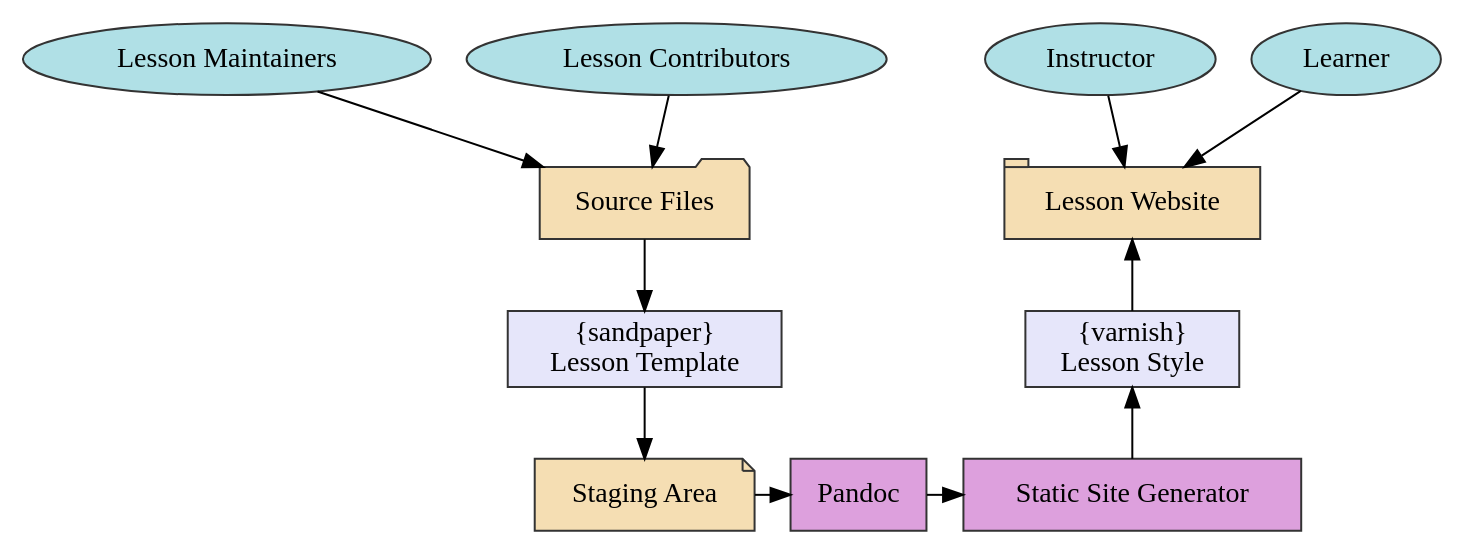
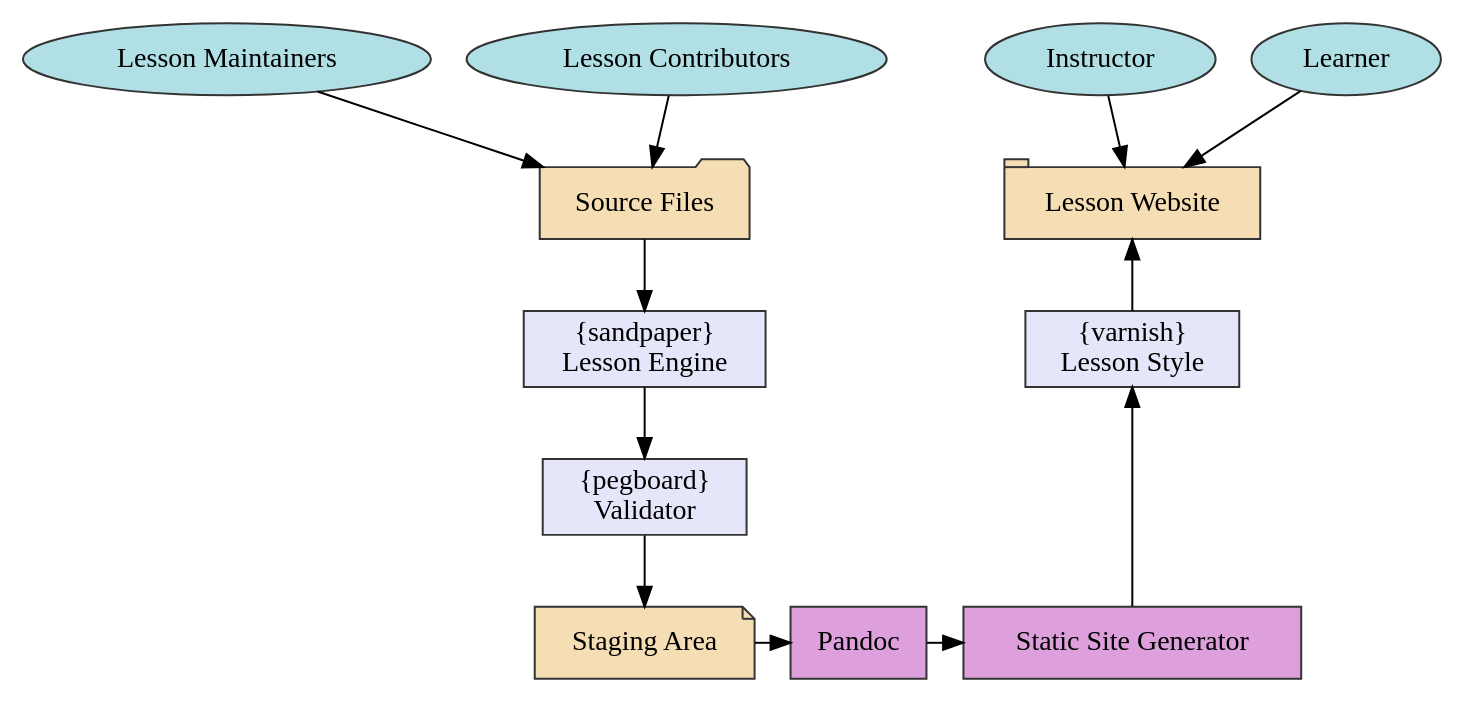
Before and after one commit to zkamvar/stunning-barnacle: the diagram in img/broad-flow.dot, drawn with Graphviz.

Commit message:
Add pegboard; sandpaper is Engine

```diff
--- a/img/broad-flow.dot
+++ b/img/broad-flow.dot
@@ -1,42 +1,42 @@
 digraph "Lesson Infrastructure Workflow" {
  
     node   [style="filled" color="grey20"];
     node   [fillcolor="wheat", shape="rect"];
     source [label="Source Files"             , shape="folder"];
     stage  [label="Staging Area"             , shape="note"];
     site   [label="Lesson Website"           , shape="tab"];
 
     node      [style="filled", fillcolor="lavender", shape="rect"];
-    sandpaper [label="{sandpaper}\nLesson Template"];
+    sandpaper [label="{sandpaper}\nLesson Engine"];
     varnish   [label="{varnish}\nLesson Style"];
+    pegboard  [label="{pegboard}\nValidator"];
 
     node   [fillcolor="plum", shape="rect"];
     engine [label="Static Site Generator"];
     pandoc [label="Pandoc"];
  
     node        [fillcolor="powderblue"];
     maintainer  [label="Lesson Maintainers" , shape="oval"];
     contributor [label="Lesson Contributors", shape="oval"];
     instructor  [label="Instructor"         , shape="oval"];
     learner     [label="Learner"            , shape="oval"];
      
     {rank="same"; maintainer,  instructor};
     {rank="same"; contributor, learner};
     {rank="same"; source,      site};
     {rank="same"; sandpaper,   varnish};
     {rank="same"; stage,       pandoc,      engine};
     
     maintainer  -> source;
     contributor -> source;
     instructor  -> site;
     learner     -> site;
 
     source      -> sandpaper;
-    sandpaper   -> stage;
+    sandpaper   -> pegboard;
+    pegboard    -> stage;
     varnish     -> site;
     stage       -> pandoc;
     pandoc      -> engine;
-    engine      -> varnish;
- 
-    
+    engine      -> varnish;   
 }
```
